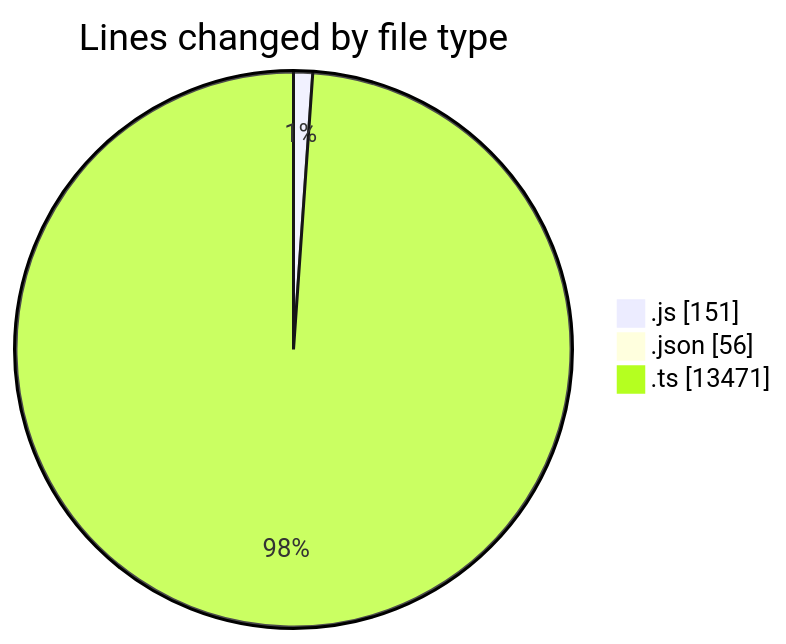
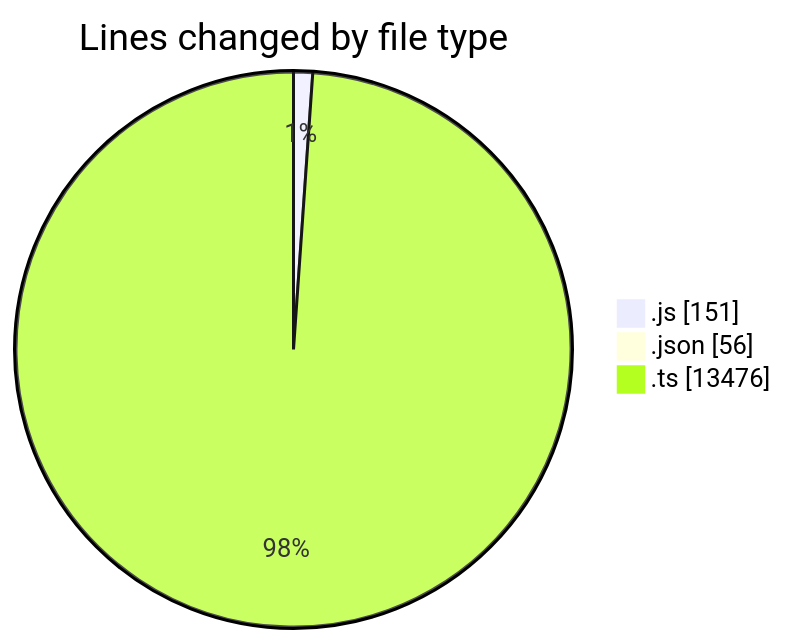
Before and after one commit to momahboobian/code-tracking: the first of 2 diagrams in 2025-09-04/cda/README.md, drawn with Mermaid. The commit also changed other lines of this file and 1 other file, not shown here.

````diff
--- a/2025-09-04/cda/README.md
+++ b/2025-09-04/cda/README.md
@@ -31,7 +31,7 @@
 ```mermaid
 pie showData
 title Lines changed by file type
 ".js" : 151
 ".json" : 56
-".ts" : 13471
+".ts" : 13476
 ```
````
